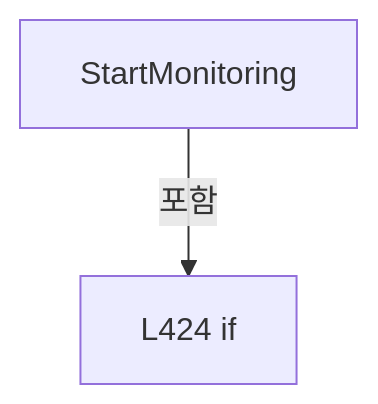
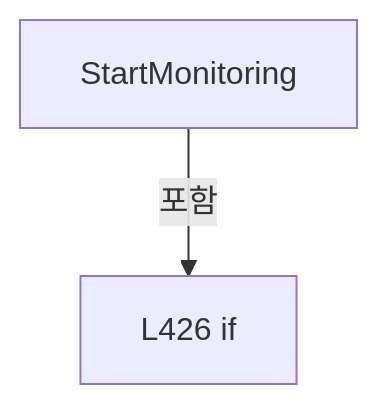
Diagram 15 of 21 in A3 LD Code Ref/files/Drilling.Common/Alarm/CAlarmManager.cs.md (kjuws10-rgb/Shared), drawn with Mermaid before and after one commit. The commit also changed other lines of this file and 2071 other files, not shown here.

Commit message:
docs(a3): update 11.19.0 architecture and code reference

````diff
--- a/A3 LD Code Ref/files/Drilling.Common/Alarm/CAlarmManager.cs.md
+++ b/A3 LD Code Ref/files/Drilling.Common/Alarm/CAlarmManager.cs.md
@@ -2248,6 +2248,6 @@
 ```mermaid
 flowchart TD
  M["StartMonitoring"]
- N0["L424 if"]
+ N0["L426 if"]
  M -->|포함| N0
 ```
````
